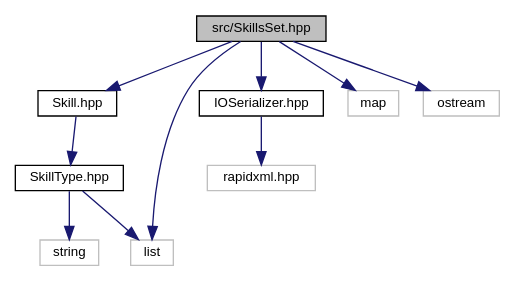
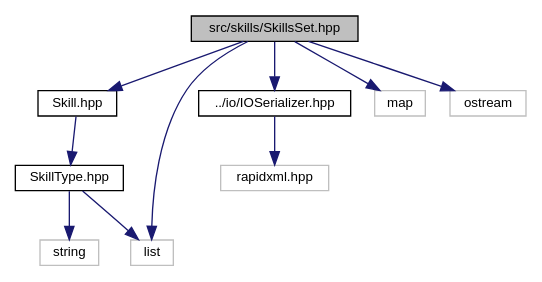
Before and after one commit to Wisteca/FilRougeDoc: the diagram in _skills_set_8hpp__incl.dot, drawn with Graphviz. The commit also changed 194 other files, not shown here.

```diff
--- a/_skills_set_8hpp__incl.dot
+++ b/_skills_set_8hpp__incl.dot
@@ -1,24 +1,24 @@
-digraph "src/SkillsSet.hpp"
+digraph "src/skills/SkillsSet.hpp"
 {
  // LATEX_PDF_SIZE
   edge [fontname="Helvetica",fontsize="10",labelfontname="Helvetica",labelfontsize="10"];
   node [fontname="Helvetica",fontsize="10",shape=record];
-  Node1 [label="src/SkillsSet.hpp",height=0.2,width=0.4,color="black", fillcolor="grey75", style="filled", fontcolor="black",tooltip="Header file of SkillsSet class and SkillLevel enum."];
+  Node1 [label="src/skills/SkillsSet.hpp",height=0.2,width=0.4,color="black", fillcolor="grey75", style="filled", fontcolor="black",tooltip="Header file of SkillsSet class and SkillLevel enum."];
   Node1 -> Node2 [color="midnightblue",fontsize="10",style="solid",fontname="Helvetica"];
   Node2 [label="Skill.hpp",height=0.2,width=0.4,color="black", fillcolor="white", style="filled",URL="$_skill_8hpp.html",tooltip="Header file of Skill class."];
   Node2 -> Node3 [color="midnightblue",fontsize="10",style="solid",fontname="Helvetica"];
   Node3 [label="SkillType.hpp",height=0.2,width=0.4,color="black", fillcolor="white", style="filled",URL="$_skill_type_8hpp.html",tooltip="Header file of SkillType class."];
   Node3 -> Node4 [color="midnightblue",fontsize="10",style="solid",fontname="Helvetica"];
   Node4 [label="string",height=0.2,width=0.4,color="grey75", fillcolor="white", style="filled",tooltip=" "];
   Node3 -> Node5 [color="midnightblue",fontsize="10",style="solid",fontname="Helvetica"];
   Node5 [label="list",height=0.2,width=0.4,color="grey75", fillcolor="white", style="filled",tooltip=" "];
   Node1 -> Node6 [color="midnightblue",fontsize="10",style="solid",fontname="Helvetica"];
-  Node6 [label="IOSerializer.hpp",height=0.2,width=0.4,color="black", fillcolor="white", style="filled",URL="$_i_o_serializer_8hpp.html",tooltip="Interface each class that can be serialized/deserialized from a xml file must implement."];
+  Node6 [label="../io/IOSerializer.hpp",height=0.2,width=0.4,color="black", fillcolor="white", style="filled",URL="$_i_o_serializer_8hpp.html",tooltip="Interface each class that can be serialized/deserialized from a xml file must implement."];
   Node6 -> Node7 [color="midnightblue",fontsize="10",style="solid",fontname="Helvetica"];
   Node7 [label="rapidxml.hpp",height=0.2,width=0.4,color="grey75", fillcolor="white", style="filled",tooltip=" "];
   Node1 -> Node5 [color="midnightblue",fontsize="10",style="solid",fontname="Helvetica"];
   Node1 -> Node8 [color="midnightblue",fontsize="10",style="solid",fontname="Helvetica"];
   Node8 [label="map",height=0.2,width=0.4,color="grey75", fillcolor="white", style="filled",tooltip=" "];
   Node1 -> Node9 [color="midnightblue",fontsize="10",style="solid",fontname="Helvetica"];
   Node9 [label="ostream",height=0.2,width=0.4,color="grey75", fillcolor="white", style="filled",tooltip=" "];
 }
```
